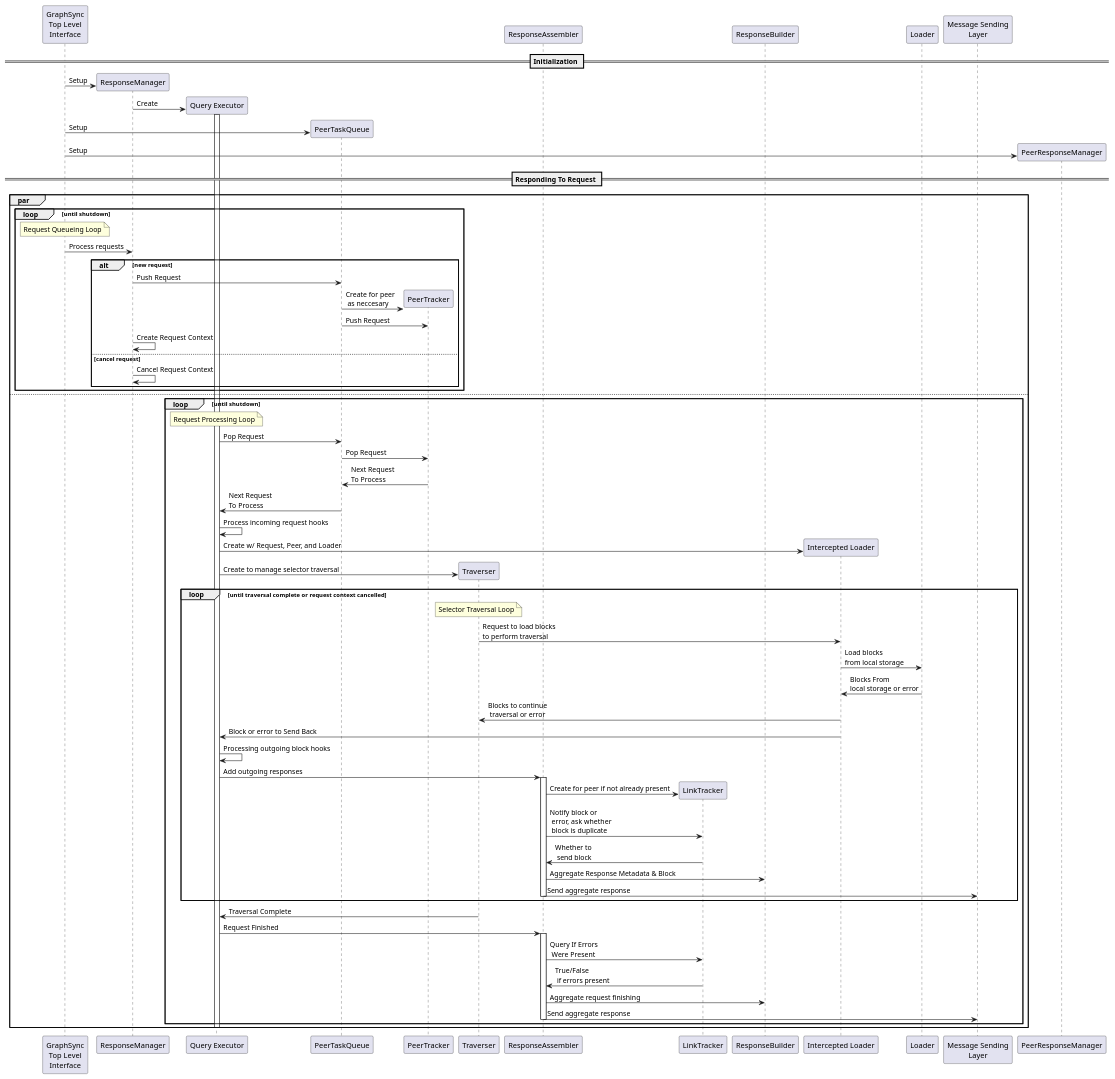
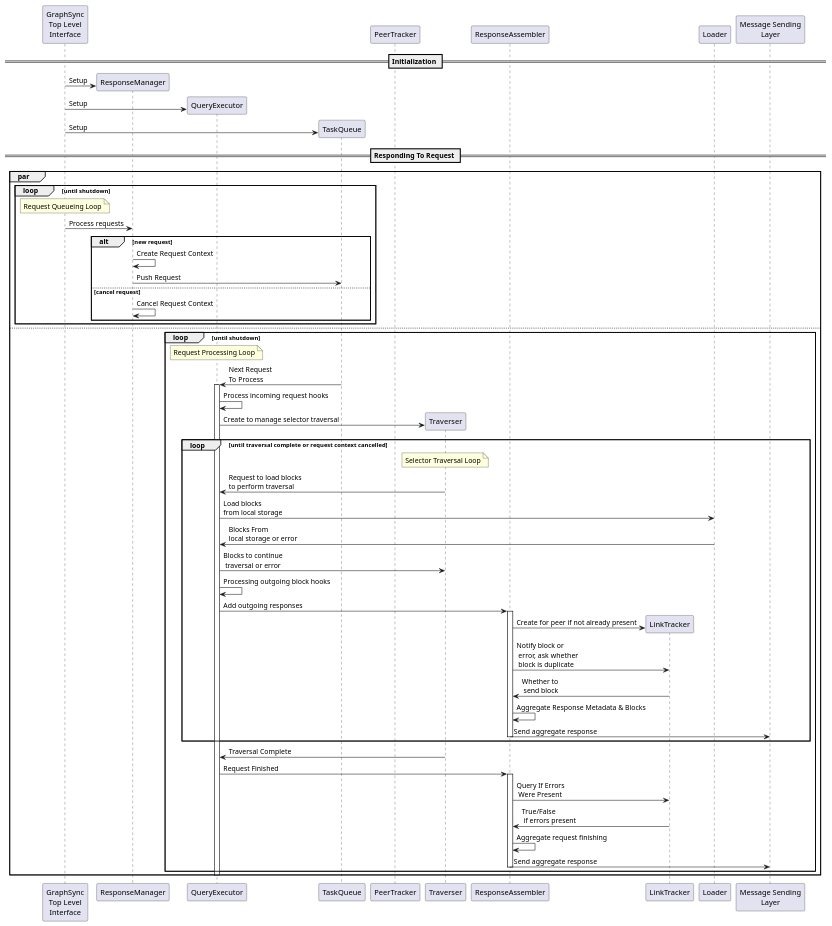
Before and after one commit to ipfs/go-graphsync: the diagram in docs/responder-sequence.puml, drawn with PlantUML. The commit also changed 18 other files, not shown here.

```diff
--- a/docs/responder-sequence.puml
+++ b/docs/responder-sequence.puml
@@ -1,76 +1,66 @@
 @startuml Responding To A Request
 participant "GraphSync\nTop Level\nInterface" as TLI
 participant ResponseManager
-participant "Query Executor" as QW
-participant PeerTaskQueue
+participant "QueryExecutor" as QW
+participant TaskQueue
 participant PeerTracker
 participant Traverser
 participant ResponseAssembler
 participant LinkTracker
-participant ResponseBuilder
-participant "Intercepted Loader" as ILoader
 participant Loader
 participant "Message Sending\nLayer" as Message
 
 == Initialization ==
 
 TLI -> ResponseManager ** : Setup
-ResponseManager -> QW ** : Create
-activate QW
-TLI -> PeerTaskQueue ** : Setup
-TLI -> PeerResponseManager ** : Setup
+TLI -> QW ** : Setup
+TLI -> TaskQueue ** : Setup
 
 == Responding To Request ==
 
 par
 loop until shutdown
 note over TLI : Request Queueing Loop
 TLI -> ResponseManager : Process requests
 alt new request
-ResponseManager -> PeerTaskQueue : Push Request
-PeerTaskQueue -> PeerTracker ** : Create for peer\n as neccesary
-PeerTaskQueue -> PeerTracker : Push Request
 ResponseManager -> ResponseManager : Create Request Context
+ResponseManager -> TaskQueue : Push Request
 else cancel request
 ResponseManager -> ResponseManager : Cancel Request Context
 end
 end
 else
 loop until shutdown
 note over QW: Request Processing Loop
-QW -> PeerTaskQueue : Pop Request
-PeerTaskQueue -> PeerTracker : Pop Request
-PeerTracker -> PeerTaskQueue : Next Request\nTo Process
-PeerTaskQueue -> QW : Next Request\nTo Process
+TaskQueue -> QW : Next Request\nTo Process
+activate QW
 QW -> QW : Process incoming request hooks
-QW -> ILoader ** : Create w/ Request, Peer, and Loader
 QW -> Traverser ** : Create to manage selector traversal
 loop until traversal complete or request context cancelled
 note over Traverser: Selector Traversal Loop
-Traverser -> ILoader : Request to load blocks\nto perform traversal
-ILoader -> Loader : Load blocks\nfrom local storage
-Loader -> ILoader : Blocks From\nlocal storage or error
-ILoader -> Traverser : Blocks to continue\n traversal or error
-ILoader -> QW : Block or error to Send Back
+Traverser -> QW : Request to load blocks\nto perform traversal
+QW -> Loader : Load blocks\nfrom local storage
+Loader -> QW : Blocks From\nlocal storage or error
+QW -> Traverser : Blocks to continue\n traversal or error
 QW -> QW: Processing outgoing block hooks
 QW -> ResponseAssembler: Add outgoing responses
 activate ResponseAssembler
 ResponseAssembler -> LinkTracker ** : Create for peer if not already present
 ResponseAssembler -> LinkTracker : Notify block or\n error, ask whether\n block is duplicate
 LinkTracker -> ResponseAssembler : Whether to\n send block
-ResponseAssembler -> ResponseBuilder : Aggregate Response Metadata & Block
+ResponseAssembler -> ResponseAssembler : Aggregate Response Metadata & Blocks
 ResponseAssembler -> Message : Send aggregate response
 deactivate ResponseAssembler
 end
 Traverser -> QW : Traversal Complete
 QW -> ResponseAssembler : Request Finished
 activate ResponseAssembler
 ResponseAssembler -> LinkTracker : Query If Errors\n Were Present
 LinkTracker -> ResponseAssembler : True/False\n if errors present
-ResponseAssembler -> ResponseBuilder : Aggregate request finishing
+ResponseAssembler -> ResponseAssembler : Aggregate request finishing
 ResponseAssembler -> Message : Send aggregate response
 deactivate ResponseAssembler
 end
 deactivate QW
 end
 @enduml
```
